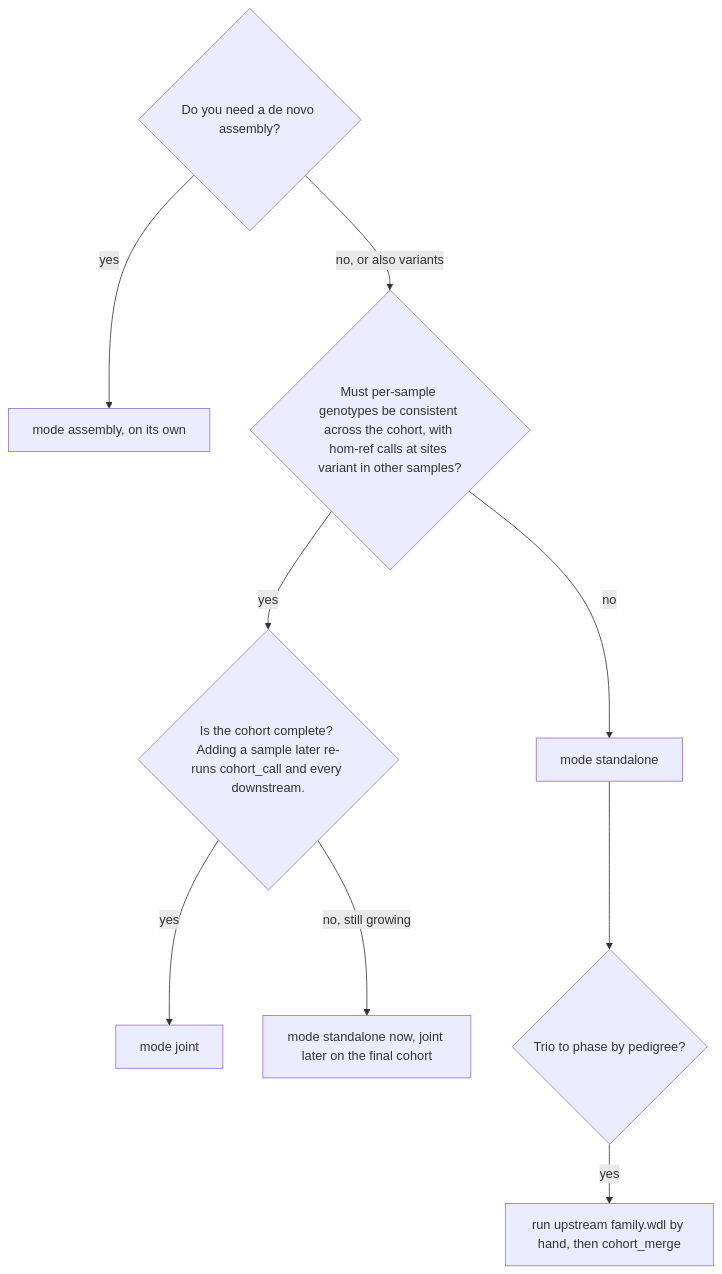
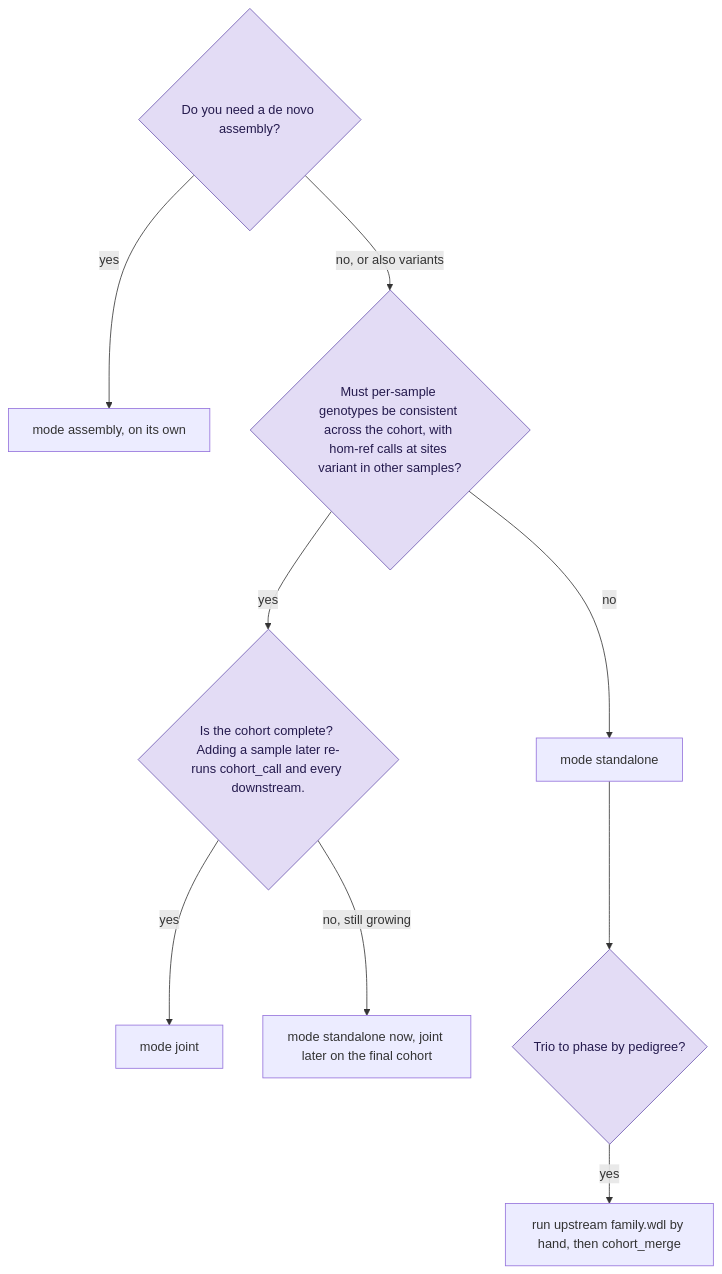
Before and after one commit to UppsalaGenomeCenter/ugc-wgw: the first of 2 diagrams in docs/guide/03-choosing-a-mode.md, drawn with Mermaid. The commit also changed 52 other files, not shown here.

````diff
--- a/docs/guide/03-choosing-a-mode.md
+++ b/docs/guide/03-choosing-a-mode.md
@@ -5,12 +5,13 @@
 ```mermaid
 flowchart TD
-  q0{"Do you need a de novo assembly?"}
+  q0{"Do you need a de novo assembly?"}:::decision
   q0 -->|"yes"| asm["mode assembly, on its own"]
-  q0 -->|"no, or also variants"| q1{"Must per-sample genotypes be consistent across the cohort, with hom-ref calls at sites variant in other samples?"}
+  q0 -->|"no, or also variants"| q1{"Must per-sample genotypes be consistent across the cohort, with hom-ref calls at sites variant in other samples?"}:::decision
   q1 -->|"no"| sa["mode standalone"]
-  q1 -->|"yes"| q2{"Is the cohort complete? Adding a sample later re-runs cohort_call and every downstream."}
+  q1 -->|"yes"| q2{"Is the cohort complete? Adding a sample later re-runs cohort_call and every downstream."}:::decision
   q2 -->|"yes"| jo["mode joint"]
   q2 -->|"no, still growing"| both["mode standalone now, joint later on the final cohort"]
-  sa --> q3{"Trio to phase by pedigree?"}
+  sa --> q3{"Trio to phase by pedigree?"}:::decision
   q3 -->|"yes"| fam["run upstream family.wdl by hand, then cohort_merge"]
+  classDef decision fill:#e3dcf5,stroke:#6b56b0,color:#241a4d
 ```
````
